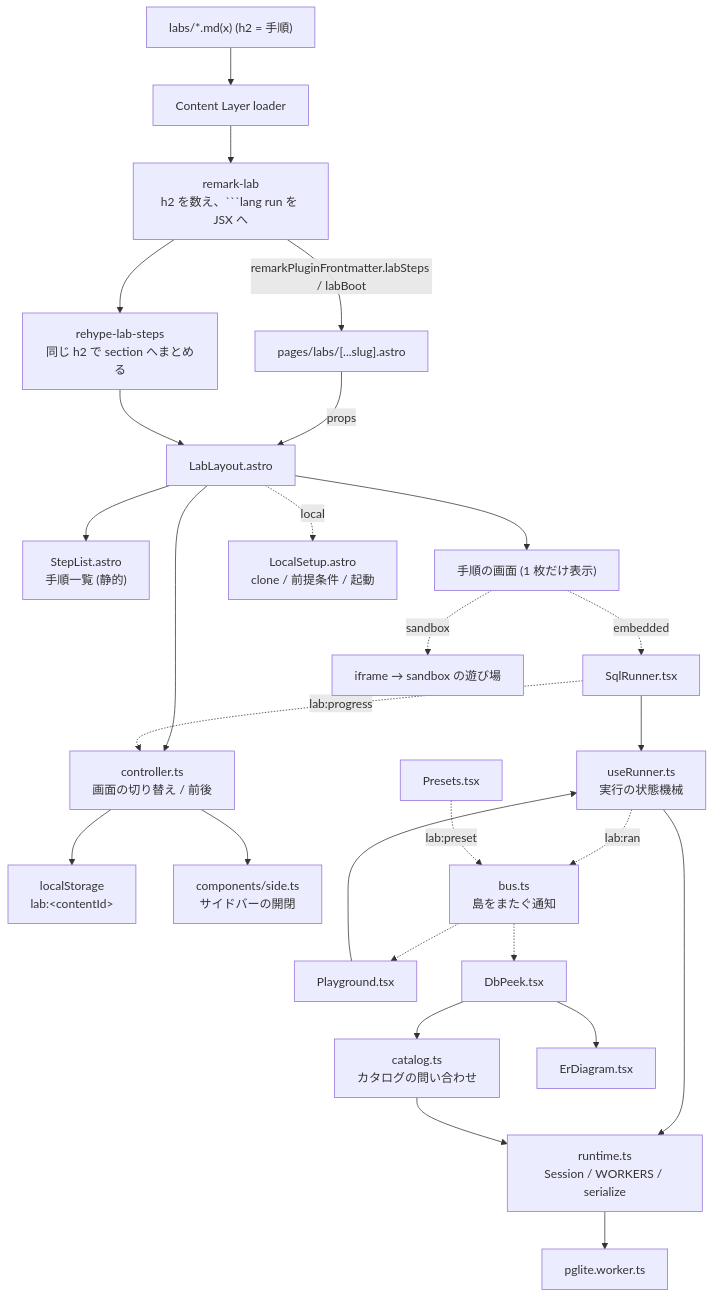
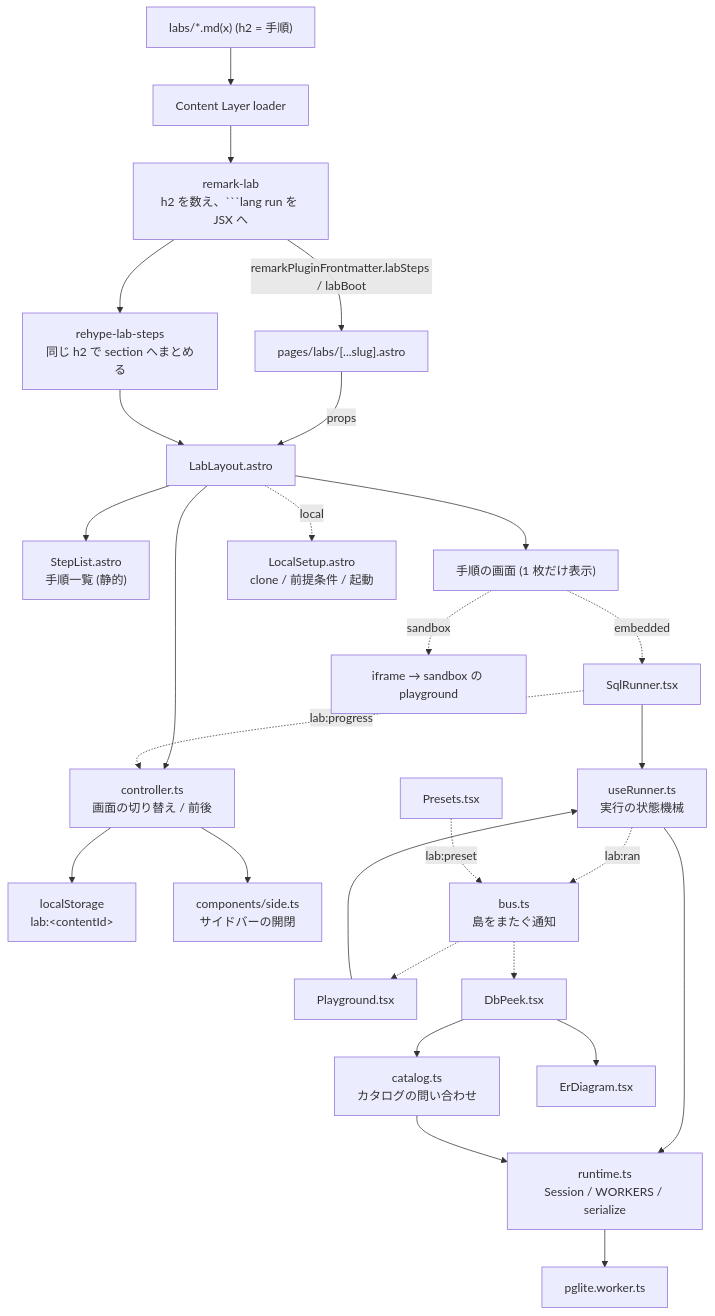
One commit to Fukuemon/fukuemon.dev changed the second of 2 diagrams in apps/web/src/features/lab/DesignDoc.md. Above: the diagram before and after it, drawn with Mermaid. The commit also changed other lines of this file and 6 other files, not shown here.

`````diff
--- a/apps/web/src/features/lab/DesignDoc.md
+++ b/apps/web/src/features/lab/DesignDoc.md
@@ -321,29 +321,29 @@
 ````mermaid
 flowchart TD
     md["labs/*.md(x) (h2 = 手順)"] --> loader["Content Layer loader"]
     loader --> remark["remark-lab<br/>h2 を数え、```lang run を JSX へ"]
     remark -->|"remarkPluginFrontmatter.labSteps / labBoot"| page["pages/labs/[...slug].astro"]
     page -->|"props"| layout["LabLayout.astro"]
     remark --> rehype["rehype-lab-steps<br/>同じ h2 で section へまとめる"]
     rehype --> layout
     layout --> list["StepList.astro<br/>手順一覧 (静的)"]
     layout --> ctl["controller.ts<br/>画面の切り替え / 前後"]
     ctl --> ls["localStorage<br/>lab:&lt;contentId&gt;"]
     ctl --> side["components/side.ts<br/>サイドバーの開閉"]
     layout --> body["手順の画面 (1 枚だけ表示)"]
     body -.->|"embedded"| runner["SqlRunner.tsx"]
     pg["Playground.tsx"] --> hook
     runner --> hook["useRunner.ts<br/>実行の状態機械"]
     hook --> rt["runtime.ts<br/>Session / WORKERS / serialize"]
     rt --> w["pglite.worker.ts"]
     hook -.->|"lab:ran"| bus["bus.ts<br/>島をまたぐ通知"]
     runner -.->|"lab:progress"| ctl
     preset["Presets.tsx"] -.->|"lab:preset"| bus
     bus -.-> pg
     bus -.-> peek["DbPeek.tsx"]
     peek --> cat["catalog.ts<br/>カタログの問い合わせ"]
     cat --> rt
     peek --> er["ErDiagram.tsx"]
-    body -.->|"sandbox"| frame["iframe → sandbox の遊び場"]
+    body -.->|"sandbox"| frame["iframe → sandbox の playground"]
     layout -.->|"local"| setup["LocalSetup.astro<br/>clone / 前提条件 / 起動"]
 ````
`````
